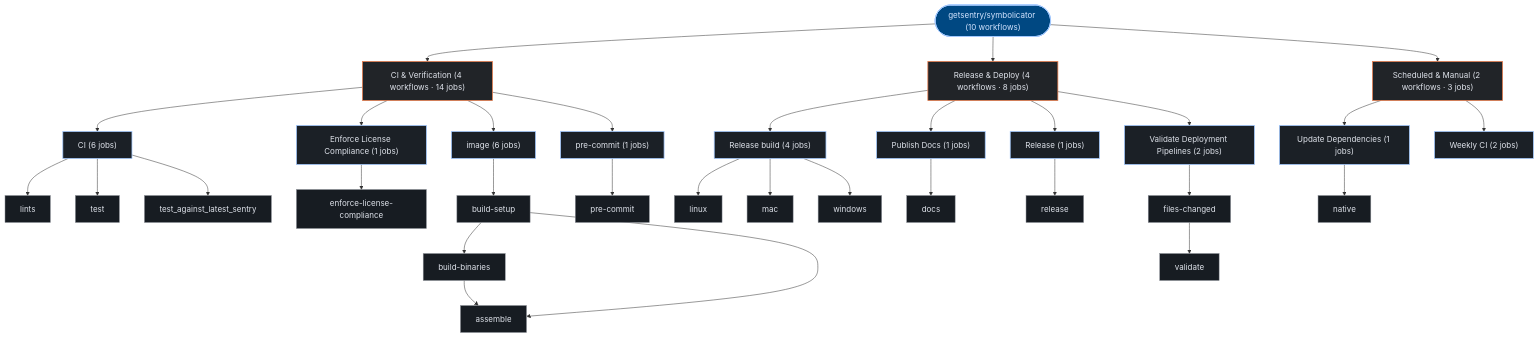
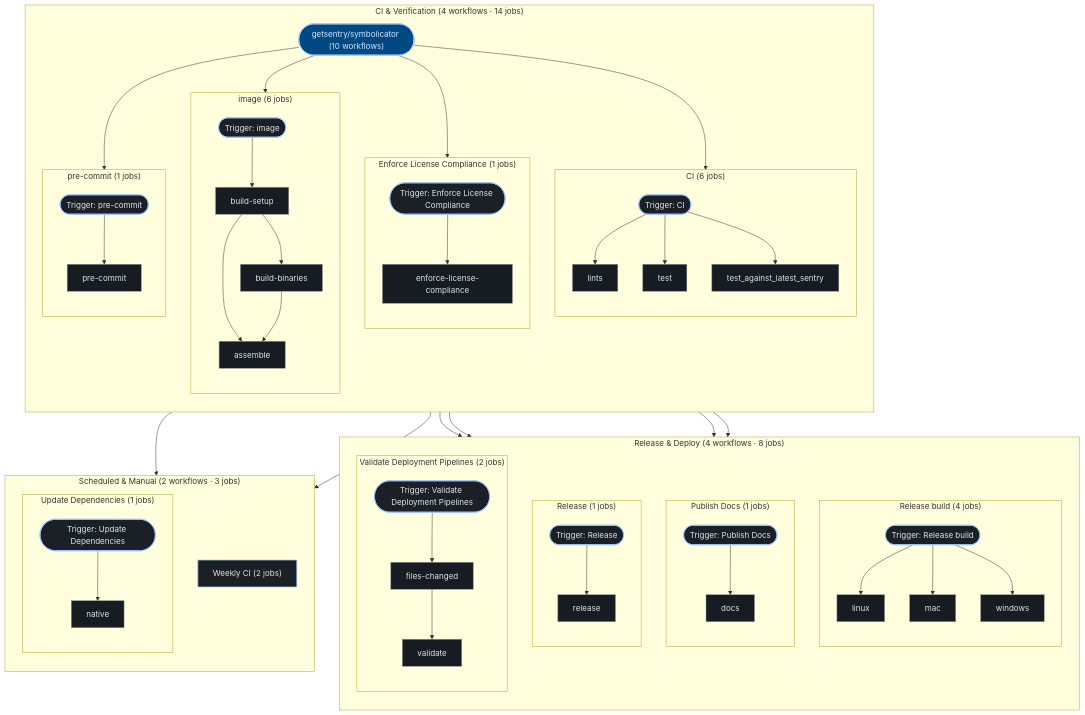
One commit to kumarshaz/atruss-code-atlas changed the third of 3 diagrams in exports/latest/reports/getsentry-symbolicator-report.md. Above: the diagram before and after it, drawn with Mermaid. The commit also changed 181 other files, not shown here.

````diff
--- a/exports/latest/reports/getsentry-symbolicator-report.md
+++ b/exports/latest/reports/getsentry-symbolicator-report.md
@@ -282,63 +282,93 @@
   classDef atlasAlert fill:#93000a,stroke:#ffb4ab,stroke-width:1.5px,color:#ffdad6
   classDef atlasMore fill:#252a31,stroke:#8d9199,stroke-dasharray:4 4,color:#c3c6cf
   pipeline_root(["getsentry/symbolicator (10 workflows)"]):::atlasRoot
-  grp_0_CI___Verification["CI & Verification (4 workflows · 14 jobs)"]:::atlasCategory
-  pipeline_root --> grp_0_CI___Verification
-  wf_1_CI["CI (6 jobs)"]:::atlasWorkflow
-  grp_0_CI___Verification --> wf_1_CI
-  job_1_lints["lints"]:::atlasJob
-  job_1_test["test"]:::atlasJob
-  job_1_test_against_latest_sentry["test_against_latest_sentry"]:::atlasJob
-  wf_1_CI --> job_1_lints
-  wf_1_CI --> job_1_test
-  wf_1_CI --> job_1_test_against_latest_sentry
-  wf_3_Enforce_License_Compliance["Enforce License Compliance (1 jobs)"]:::atlasWorkflow
-  grp_0_CI___Verification --> wf_3_Enforce_License_Compliance
-  job_3_enforce_license_compliance["enforce-license-compliance"]:::atlasJob
-  wf_3_Enforce_License_Compliance --> job_3_enforce_license_compliance
-  wf_4_image["image (6 jobs)"]:::atlasWorkflow
-  grp_0_CI___Verification --> wf_4_image
-  job_4_build_setup["build-setup"]:::atlasJob
-  job_4_build_binaries["build-binaries"]:::atlasJob
-  job_4_assemble["assemble"]:::atlasJob
-  wf_4_image --> job_4_build_setup
-  job_4_build_setup --> job_4_build_binaries
-  job_4_build_setup --> job_4_assemble
-  job_4_build_binaries --> job_4_assemble
-  wf_5_pre_commit["pre-commit (1 jobs)"]:::atlasWorkflow
-  grp_0_CI___Verification --> wf_5_pre_commit
-  job_5_pre_commit["pre-commit"]:::atlasJob
-  wf_5_pre_commit --> job_5_pre_commit
-  grp_1_Release___Deploy["Release & Deploy (4 workflows · 8 jobs)"]:::atlasCategory
-  pipeline_root --> grp_1_Release___Deploy
-  wf_0_Release_build["Release build (4 jobs)"]:::atlasWorkflow
-  grp_1_Release___Deploy --> wf_0_Release_build
-  job_0_linux["linux"]:::atlasJob
-  job_0_mac["mac"]:::atlasJob
-  job_0_windows["windows"]:::atlasJob
-  wf_0_Release_build --> job_0_linux
-  wf_0_Release_build --> job_0_mac
-  wf_0_Release_build --> job_0_windows
-  wf_2_Publish_Docs["Publish Docs (1 jobs)"]:::atlasWorkflow
-  grp_1_Release___Deploy --> wf_2_Publish_Docs
-  job_2_docs["docs"]:::atlasJob
-  wf_2_Publish_Docs --> job_2_docs
-  wf_6_Release["Release (1 jobs)"]:::atlasWorkflow
-  grp_1_Release___Deploy --> wf_6_Release
-  job_6_release["release"]:::atlasJob
-  wf_6_Release --> job_6_release
-  wf_8_Validate_Deployment_Pipelines["Validate Deployment Pipelines (2 jobs)"]:::atlasWorkflow
-  grp_1_Release___Deploy --> wf_8_Validate_Deployment_Pipelines
-  job_8_files_changed["files-changed"]:::atlasJob
-  job_8_validate["validate"]:::atlasJob
-  wf_8_Validate_Deployment_Pipelines --> job_8_files_changed
-  job_8_files_changed --> job_8_validate
-  grp_2_Scheduled___Manual["Scheduled & Manual (2 workflows · 3 jobs)"]:::atlasCategory
-  pipeline_root --> grp_2_Scheduled___Manual
-  wf_7_Update_Dependencies["Update Dependencies (1 jobs)"]:::atlasWorkflow
-  grp_2_Scheduled___Manual --> wf_7_Update_Dependencies
-  job_7_native["native"]:::atlasJob
-  wf_7_Update_Dependencies --> job_7_native
-  wf_9_Weekly_CI["Weekly CI (2 jobs)"]:::atlasWorkflow
-  grp_2_Scheduled___Manual --> wf_9_Weekly_CI
+  subgraph sg_grp_0_CI___Verification["CI & Verification (4 workflows · 14 jobs)"]
+    direction TB
+    subgraph sg_wf_1_CI["CI (6 jobs)"]
+      direction TB
+      wf_1_CI(["Trigger: CI"]):::atlasWorkflow
+      job_1_lints["lints"]:::atlasJob
+      job_1_test["test"]:::atlasJob
+      job_1_test_against_latest_sentry["test_against_latest_sentry"]:::atlasJob
+      wf_1_CI --> job_1_lints
+      wf_1_CI --> job_1_test
+      wf_1_CI --> job_1_test_against_latest_sentry
+    end
+    pipeline_root --> wf_1_CI
+    subgraph sg_wf_3_Enforce_License_Compliance["Enforce License Compliance (1 jobs)"]
+      direction TB
+      wf_3_Enforce_License_Compliance(["Trigger: Enforce License Compliance"]):::atlasWorkflow
+      job_3_enforce_license_compliance["enforce-license-compliance"]:::atlasJob
+      wf_3_Enforce_License_Compliance --> job_3_enforce_license_compliance
+    end
+    pipeline_root --> wf_3_Enforce_License_Compliance
+    subgraph sg_wf_4_image["image (6 jobs)"]
+      direction TB
+      wf_4_image(["Trigger: image"]):::atlasWorkflow
+      job_4_build_setup["build-setup"]:::atlasJob
+      job_4_build_binaries["build-binaries"]:::atlasJob
+      job_4_assemble["assemble"]:::atlasJob
+      wf_4_image --> job_4_build_setup
+      job_4_build_setup --> job_4_build_binaries
+      job_4_build_setup --> job_4_assemble
+      job_4_build_binaries --> job_4_assemble
+    end
+    pipeline_root --> wf_4_image
+    subgraph sg_wf_5_pre_commit["pre-commit (1 jobs)"]
+      direction TB
+      wf_5_pre_commit(["Trigger: pre-commit"]):::atlasWorkflow
+      job_5_pre_commit["pre-commit"]:::atlasJob
+      wf_5_pre_commit --> job_5_pre_commit
+    end
+    pipeline_root --> wf_5_pre_commit
+  end
+  subgraph sg_grp_1_Release___Deploy["Release & Deploy (4 workflows · 8 jobs)"]
+    direction TB
+    subgraph sg_wf_0_Release_build["Release build (4 jobs)"]
+      direction TB
+      wf_0_Release_build(["Trigger: Release build"]):::atlasWorkflow
+      job_0_linux["linux"]:::atlasJob
+      job_0_mac["mac"]:::atlasJob
+      job_0_windows["windows"]:::atlasJob
+      wf_0_Release_build --> job_0_linux
+      wf_0_Release_build --> job_0_mac
+      wf_0_Release_build --> job_0_windows
+    end
+    pipeline_root --> wf_0_Release_build
+    subgraph sg_wf_2_Publish_Docs["Publish Docs (1 jobs)"]
+      direction TB
+      wf_2_Publish_Docs(["Trigger: Publish Docs"]):::atlasWorkflow
+      job_2_docs["docs"]:::atlasJob
+      wf_2_Publish_Docs --> job_2_docs
+    end
+    pipeline_root --> wf_2_Publish_Docs
+    subgraph sg_wf_6_Release["Release (1 jobs)"]
+      direction TB
+      wf_6_Release(["Trigger: Release"]):::atlasWorkflow
+      job_6_release["release"]:::atlasJob
+      wf_6_Release --> job_6_release
+    end
+    pipeline_root --> wf_6_Release
+    subgraph sg_wf_8_Validate_Deployment_Pipelines["Validate Deployment Pipelines (2 jobs)"]
+      direction TB
+      wf_8_Validate_Deployment_Pipelines(["Trigger: Validate Deployment Pipelines"]):::atlasWorkflow
+      job_8_files_changed["files-changed"]:::atlasJob
+      job_8_validate["validate"]:::atlasJob
+      wf_8_Validate_Deployment_Pipelines --> job_8_files_changed
+      job_8_files_changed --> job_8_validate
+    end
+    pipeline_root --> wf_8_Validate_Deployment_Pipelines
+  end
+  subgraph sg_grp_2_Scheduled___Manual["Scheduled & Manual (2 workflows · 3 jobs)"]
+    direction TB
+    subgraph sg_wf_7_Update_Dependencies["Update Dependencies (1 jobs)"]
+      direction TB
+      wf_7_Update_Dependencies(["Trigger: Update Dependencies"]):::atlasWorkflow
+      job_7_native["native"]:::atlasJob
+      wf_7_Update_Dependencies --> job_7_native
+    end
+    pipeline_root --> wf_7_Update_Dependencies
+    wf_9_Weekly_CI["Weekly CI (2 jobs)"]:::atlasWorkflow
+    pipeline_root --> wf_9_Weekly_CI
+  end
 ```
````
